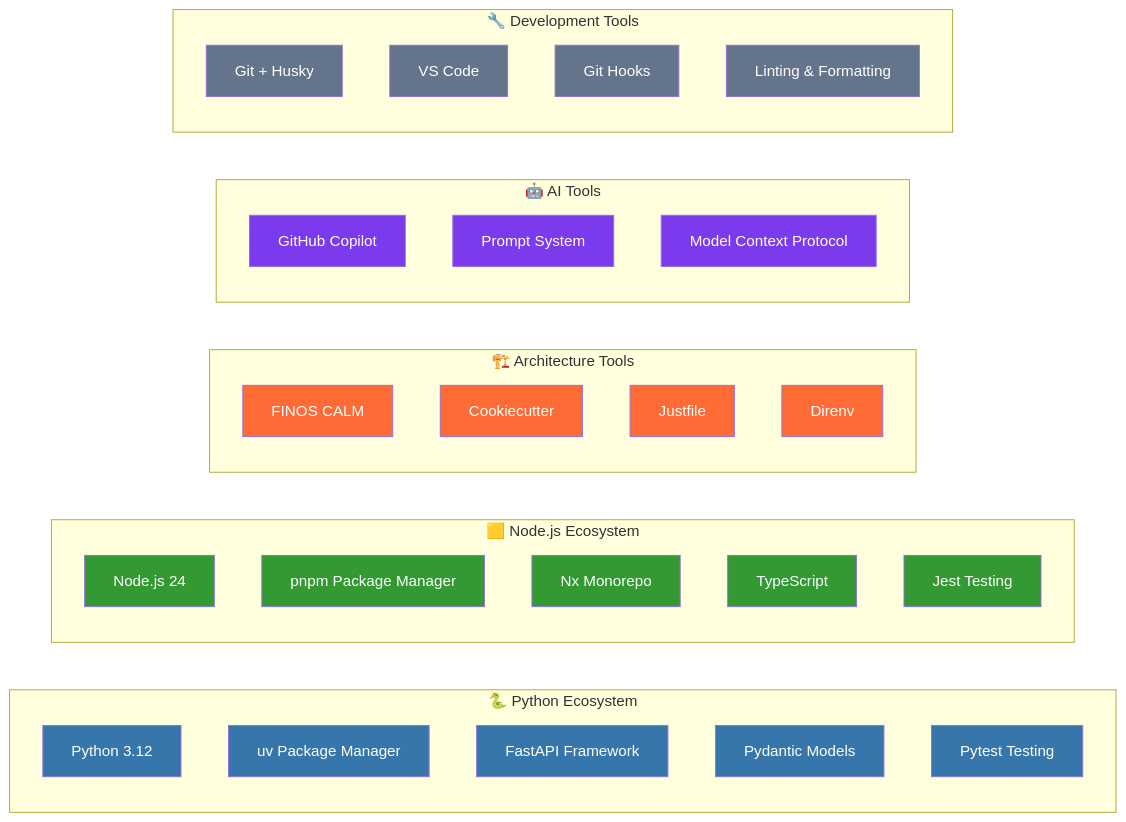
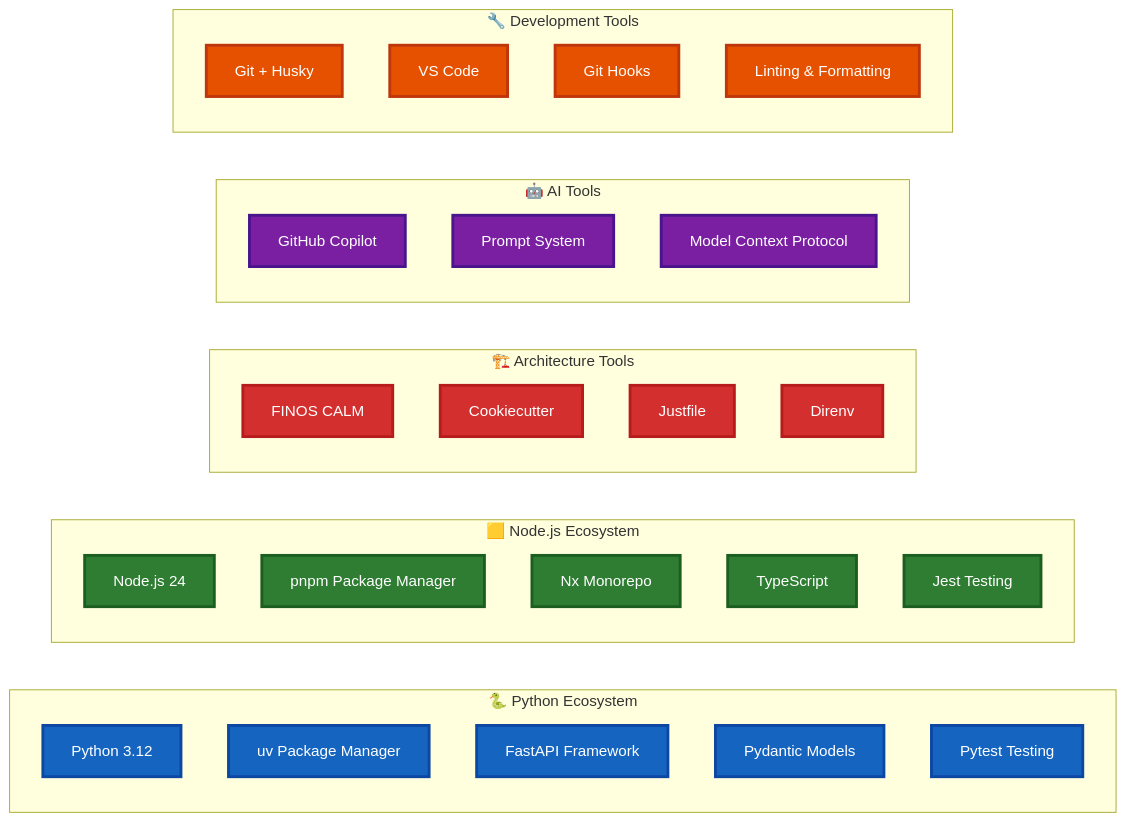
One commit to GodSpeedAI/VibePDK changed the third of 3 diagrams in README.md. Above: the diagram before and after it, drawn with Mermaid. The commit also changed other lines of this file, not shown here.

Commit message:
style: Update diagram colors and class definitions for improved visibility and consistency

````diff
--- a/README.md
+++ b/README.md
@@ -121,50 +121,50 @@
 ```mermaid
 graph LR
     subgraph "🐍 Python Ecosystem"
         PY[Python 3.12]
         UV[uv Package Manager]
         FAST[FastAPI Framework]
         PYD[Pydantic Models]
         PYTEST[Pytest Testing]
     end
 
     subgraph "🟨 Node.js Ecosystem"
         NODE[Node.js 24]
         PNPM[pnpm Package Manager]
         NX_CORE[Nx Monorepo]
         TS[TypeScript]
         JEST[Jest Testing]
     end
 
     subgraph "🏗️ Architecture Tools"
         CALM_ARCH[FINOS CALM]
         COOKIE[Cookiecutter]
         JUST_TOOL[Justfile]
         DIRENV_TOOL[Direnv]
     end
 
     subgraph "🤖 AI Tools"
         COPILOT[GitHub Copilot]
         PROMPTS_SYS[Prompt System]
         MCP[Model Context Protocol]
     end
 
     subgraph "🔧 Development Tools"
         GIT[Git + Husky]
         VSCODE_IDE[VS Code]
         HUSKY_HOOKS[Git Hooks]
         LINT[Linting & Formatting]
     end
 
-    classDef python fill:#3776ab,color:#fff
-    classDef node fill:#339933,color:#fff
-    classDef arch fill:#ff6b35,color:#fff
-    classDef ai fill:#7c3aed,color:#fff
-    classDef dev fill:#64748b,color:#fff
+    classDef python fill:#1565c0,color:#ffffff,stroke:#0d47a1,stroke-width:3px
+    classDef node fill:#2e7d32,color:#ffffff,stroke:#1b5e20,stroke-width:3px
+    classDef arch fill:#d32f2f,color:#ffffff,stroke:#b71c1c,stroke-width:3px
+    classDef ai fill:#7b1fa2,color:#ffffff,stroke:#4a148c,stroke-width:3px
+    classDef dev fill:#e65100,color:#ffffff,stroke:#bf360c,stroke-width:3px
 
     class PY,UV,FAST,PYD,PYTEST python
     class NODE,PNPM,NX_CORE,TS,JEST node
     class CALM_ARCH,COOKIE,JUST_TOOL,DIRENV_TOOL arch
     class COPILOT,PROMPTS_SYS,MCP ai
     class GIT,VSCODE_IDE,HUSKY_HOOKS,LINT dev
 ```
````
